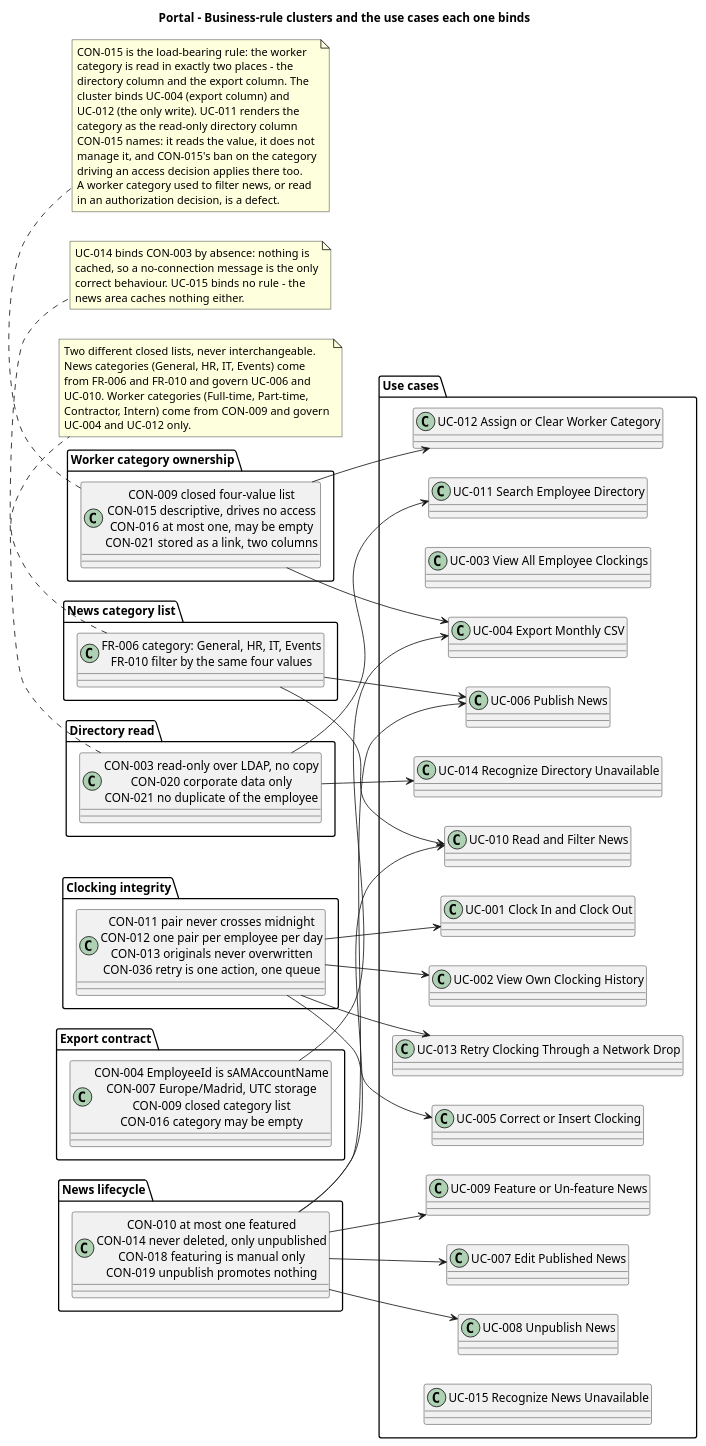
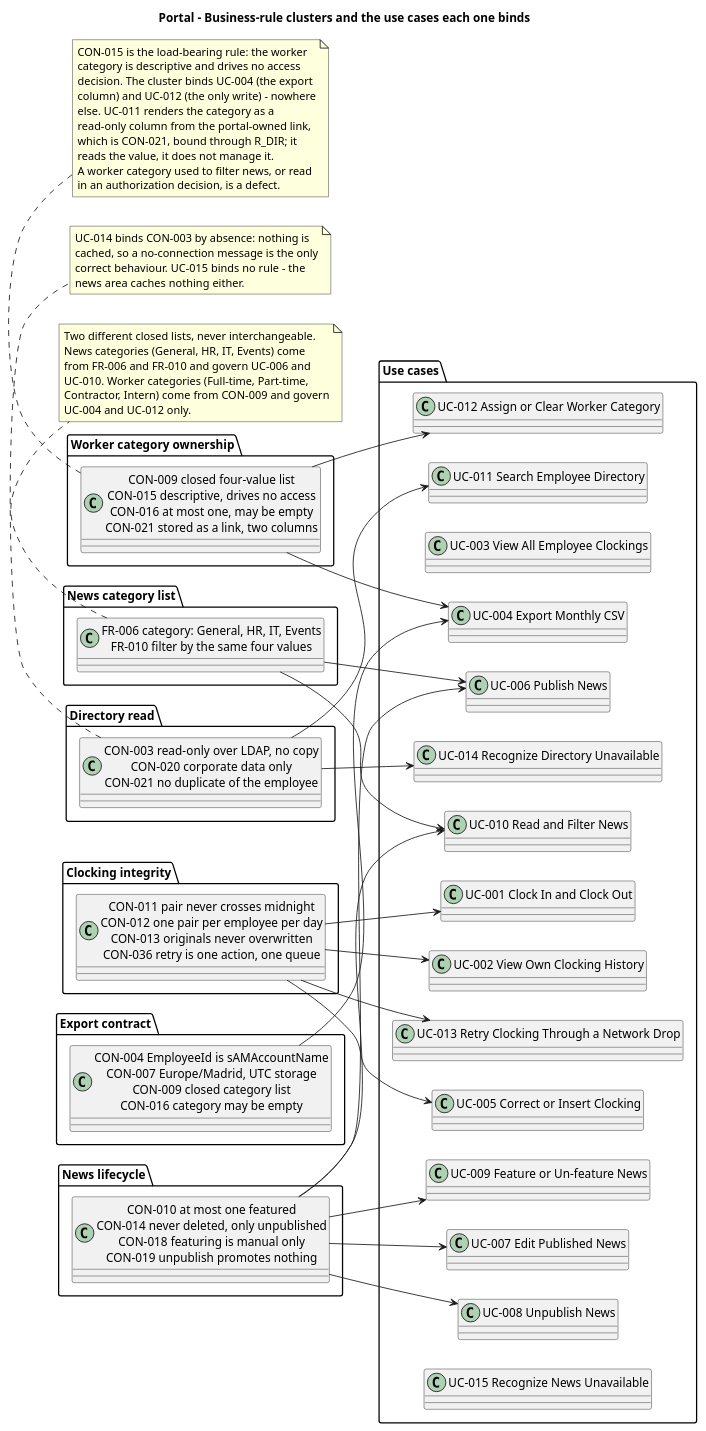
One commit to banense-test/portal changed the second of 6 diagrams in docs/artifacts/requirements/use-case-model.md. Above: the diagram before and after it, drawn with PlantUML. The commit also changed other lines of this file, not shown here.

Commit message:
System Analyst [I2]: upsert Use-Case Model
[skip ci]

```diff
--- a/docs/artifacts/requirements/use-case-model.md
+++ b/docs/artifacts/requirements/use-case-model.md
@@ -216,14 +216,13 @@
 
 note bottom of R_CAT
   CON-015 is the load-bearing rule: the worker
-  category is read in exactly two places - the
-  directory column and the export column. The
-  cluster binds UC-004 (export column) and
-  UC-012 (the only write). UC-011 renders the
-  category as the read-only directory column
-  CON-015 names: it reads the value, it does not
-  manage it, and CON-015's ban on the category
-  driving an access decision applies there too.
+  category is descriptive and drives no access
+  decision. The cluster binds UC-004 (the export
+  column) and UC-012 (the only write) - nowhere
+  else. UC-011 renders the category as a
+  read-only column from the portal-owned link,
+  which is CON-021, bound through R_DIR; it
+  reads the value, it does not manage it.
   A worker category used to filter news, or read
   in an authorization decision, is a defect.
 end note
```
